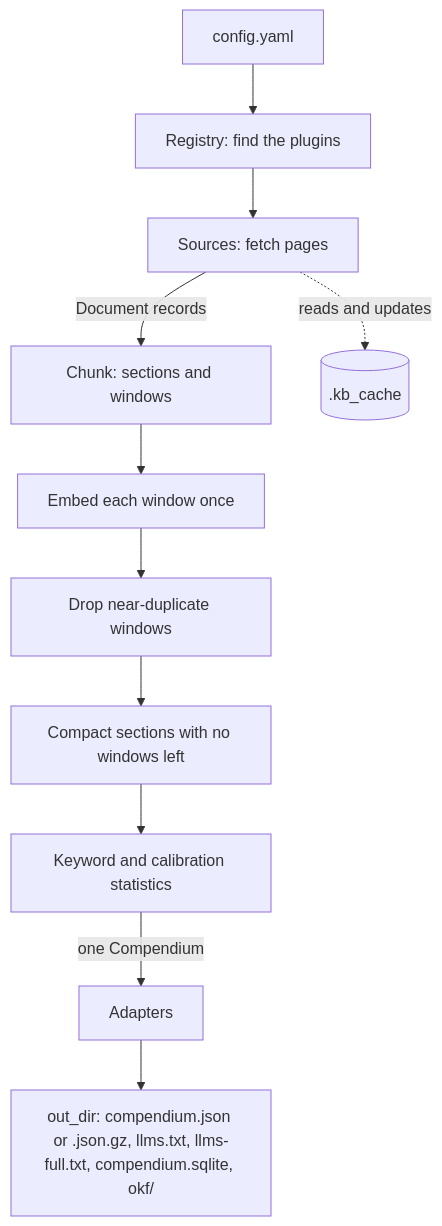
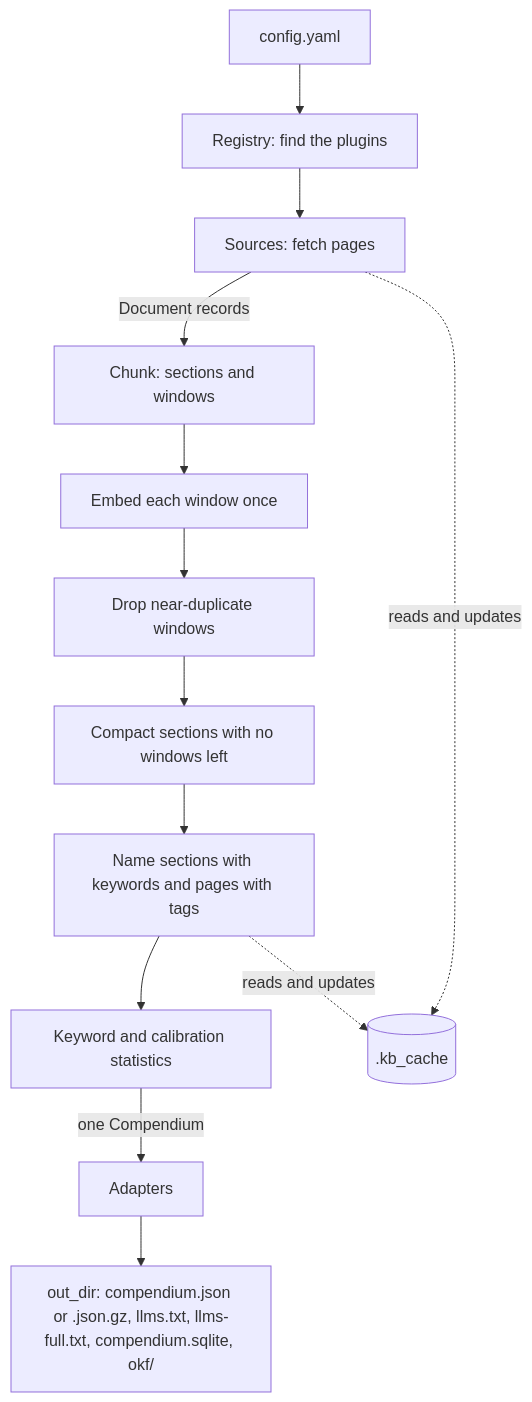
The diagram in docs/data-flow.md (DepressionCenter/extractium), drawn with Mermaid before and after one commit. The commit also changed other lines of this file and 34 other files, not shown here.

````diff
--- a/docs/data-flow.md
+++ b/docs/data-flow.md
@@ -41,13 +41,15 @@
 ```mermaid
 flowchart TD
     A[config.yaml] --> B[Registry: find the plugins]
     B --> C[Sources: fetch pages]
     C -->|Document records| D[Chunk: sections and windows]
     D --> E[Embed each window once]
     E --> F[Drop near-duplicate windows]
     F --> G[Compact sections with no windows left]
-    G --> H[Keyword and calibration statistics]
+    G --> N[Name sections with keywords and pages with tags]
+    N --> H[Keyword and calibration statistics]
     H -->|one Compendium| I[Adapters]
     I --> J[out_dir: compendium.json or .json.gz, llms.txt, llms-full.txt, compendium.sqlite, okf/]
     C -.reads and updates.-> K[(.kb_cache)]
+    N -.reads and updates.-> K
 ```
````
